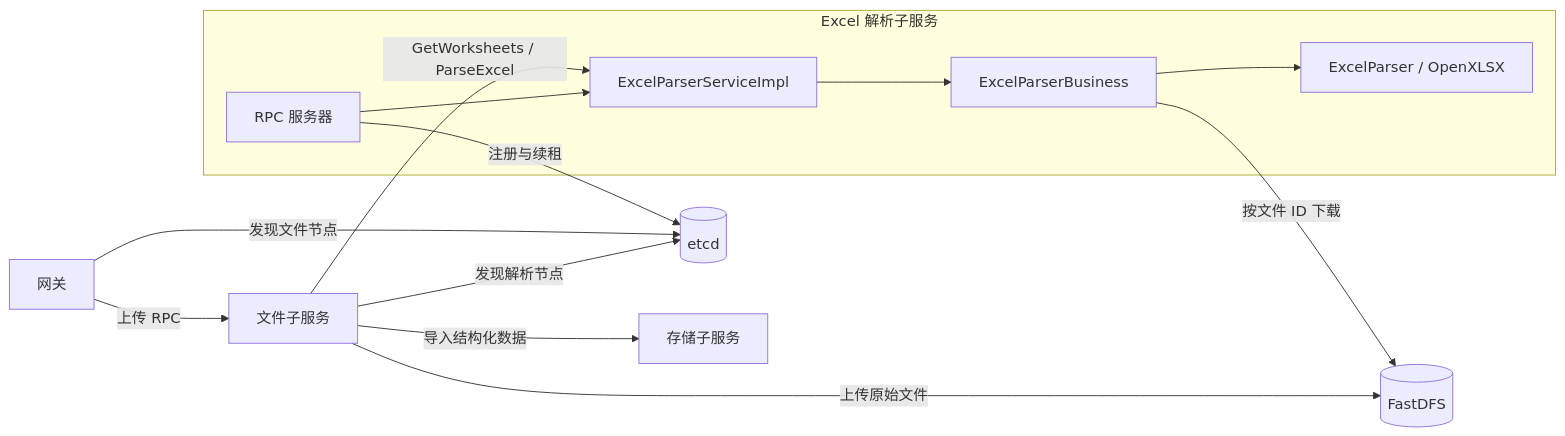
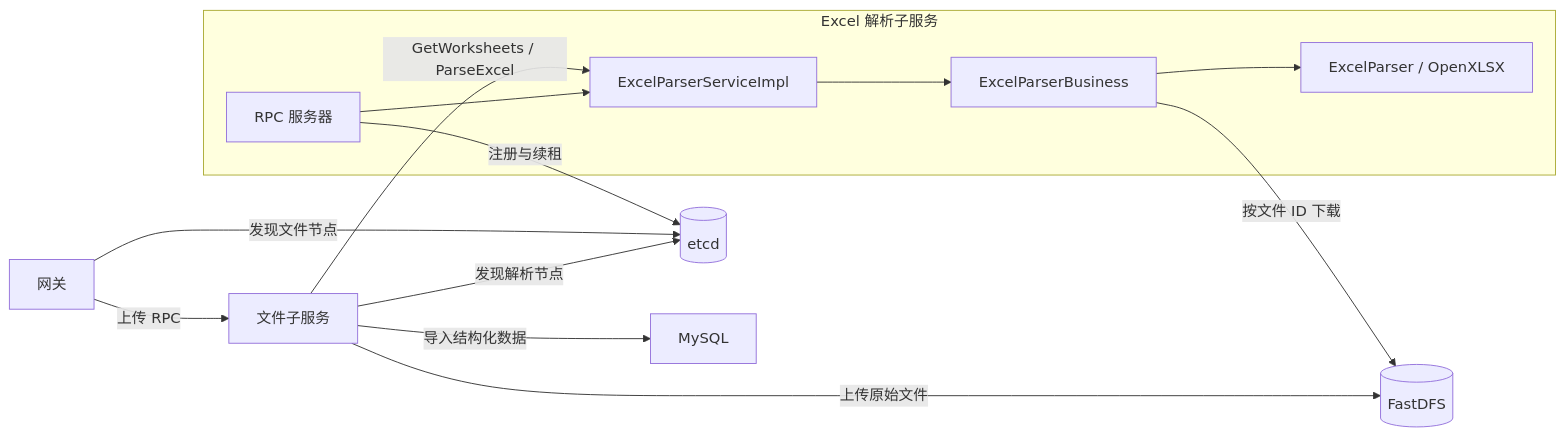
The first of 4 diagrams in chat2data/docs/Excel解析服务.md (Dairenwen/chat2data-cpp), drawn with Mermaid before and after one commit. The commit also changed other lines of this file and 4 other files, not shown here.

````diff
--- a/chat2data/docs/Excel解析服务.md
+++ b/chat2data/docs/Excel解析服务.md
@@ -14,16 +15,16 @@
 ```mermaid
 flowchart LR
     Gateway["网关"] -->|"上传 RPC"| File["文件子服务"]
     Gateway -->|"发现文件节点"| Etcd[("etcd")]
     File -->|"发现解析节点"| Etcd
     File -->|"上传原始文件"| FastDFS[("FastDFS")]
     File -->|"GetWorksheets / ParseExcel"| RPC
-    File -->|"导入结构化数据"| Storage["存储子服务"]
+    File -->|"导入结构化数据"| Storage["MySQL"]
     subgraph Excel["Excel 解析子服务"]
         Server["RPC 服务器"] --> RPC["ExcelParserServiceImpl"]
         RPC --> Business["ExcelParserBusiness"]
         Business --> Parser["ExcelParser / OpenXLSX"]
     end
     Server -->|"注册与续租"| Etcd
     Business -->|"按文件 ID 下载"| FastDFS
 ```
````
